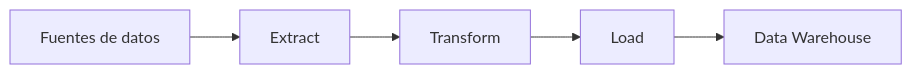
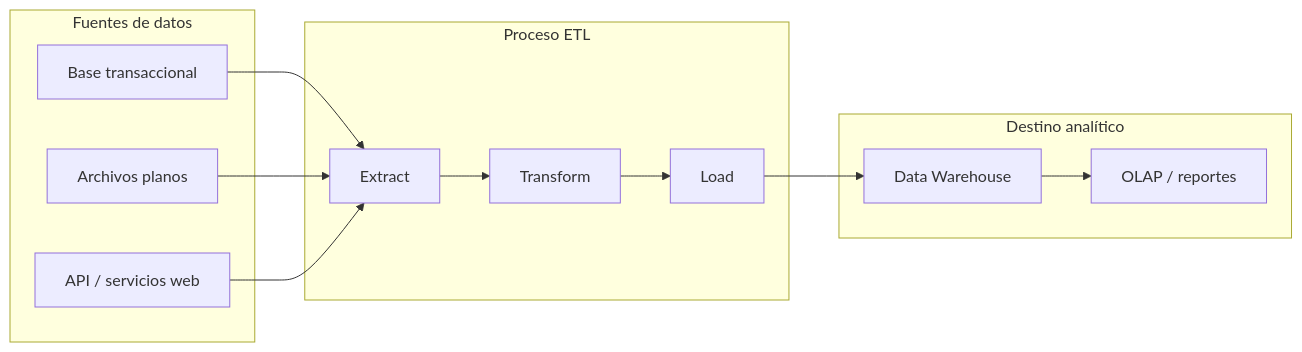
The diagram in 01-resumenes/04-etl-y-relacionados.md (olintexr/TTdBBdDD), drawn with Mermaid before and after one commit.

Commit message:
modified:   01-resumenes/04-etl-y-relacionados.md

````diff
--- a/01-resumenes/04-etl-y-relacionados.md
+++ b/01-resumenes/04-etl-y-relacionados.md
@@ -67,7 +67,27 @@
 ```mermaid
 flowchart LR
-    A[Fuentes de datos] --> B[Extract]
-    B --> C[Transform]
-    C --> D[Load]
-    D --> E[Data Warehouse]
+    subgraph Fuentes[Fuentes de datos]
+        A1[Base transaccional]
+        A2[Archivos planos]
+        A3[API / servicios web]
+    end
+
+    subgraph ETL[Proceso ETL]
+        B[Extract]
+        C[Transform]
+        D[Load]
+    end
+
+    subgraph Destino[Destino analítico]
+        E[Data Warehouse]
+        F[OLAP / reportes]
+    end
+
+    A1 --> B
+    A2 --> B
+    A3 --> B
+    B --> C
+    C --> D
+    D --> E
+    E --> F
 ```
````
